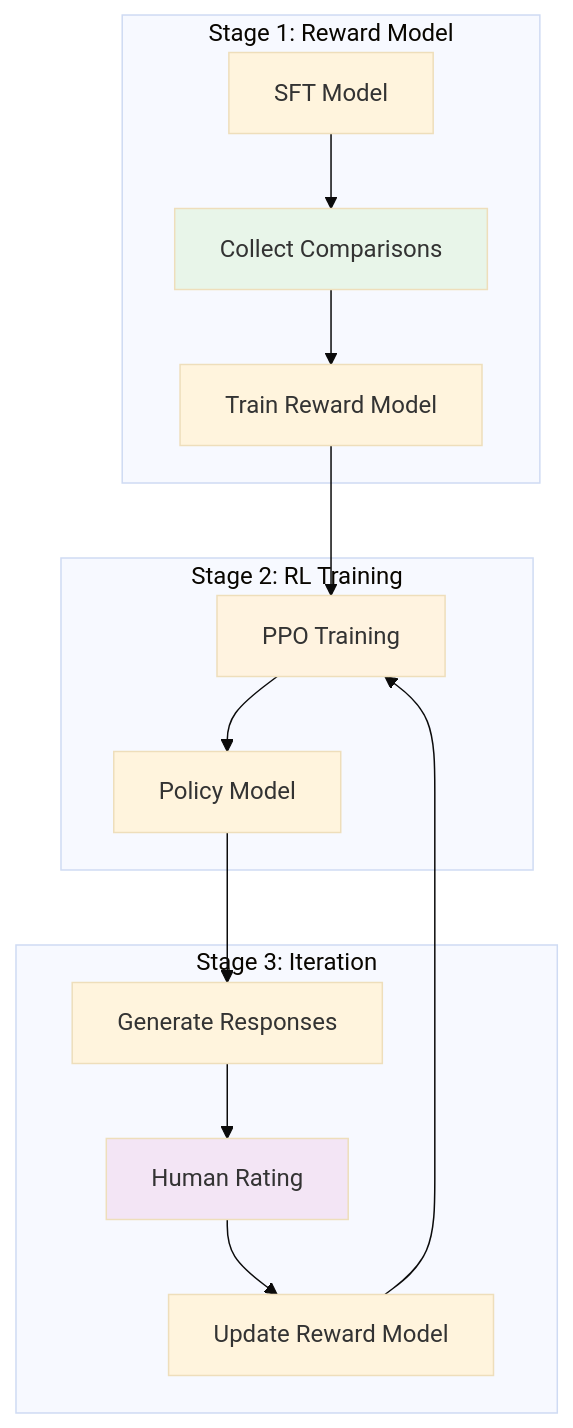
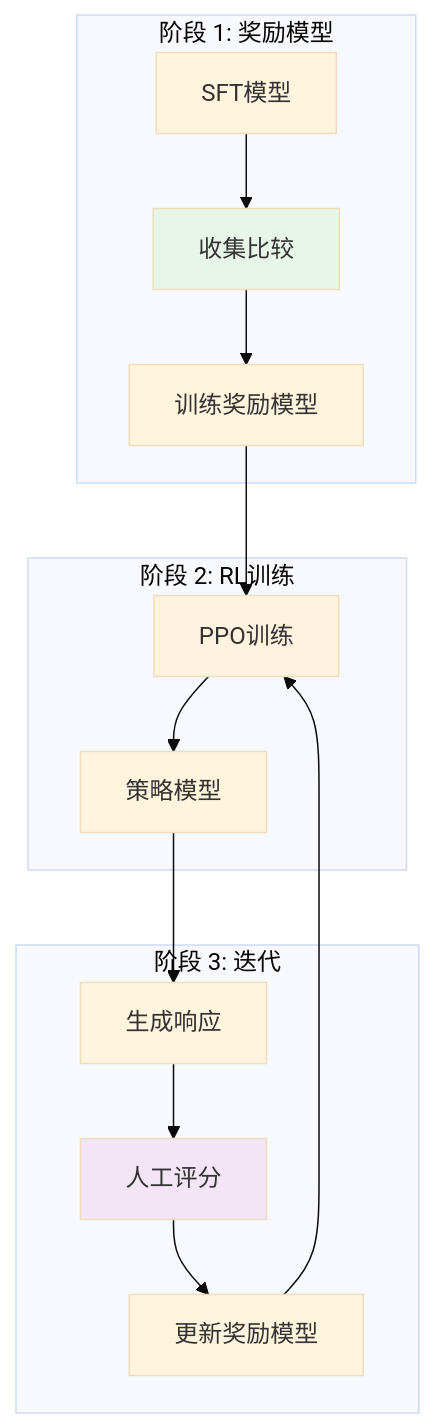
One commit to YiWang24/AiDIY changed the third of 3 diagrams in i18n/zh-Hans/docusaurus-plugin-content-docs/current/ai/llm-fundamentals/07-training-pipeline.mdx. Above: the diagram before and after it, drawn with Mermaid (base theme). The commit also changed other lines of this file and 26 other files, not shown here.

````diff
--- a/i18n/zh-Hans/docusaurus-plugin-content-docs/current/ai/llm-fundamentals/07-training-pipeline.mdx
+++ b/i18n/zh-Hans/docusaurus-plugin-content-docs/current/ai/llm-fundamentals/07-training-pipeline.mdx
@@ -1106,23 +1106,23 @@
 ```mermaid
 flowchart TB
-    subgraph Stage1["Stage 1: Reward Model"]
-        A[SFT Model] --> B[Collect Comparisons]
-        B --> C[Train Reward Model]
+    subgraph Stage1["阶段 1: 奖励模型"]
+        A[SFT模型] --> B[收集比较]
+        B --> C[训练奖励模型]
     end
 
-    subgraph Stage2["Stage 2: RL Training"]
-        C --> D[PPO Training]
-        D --> E[Policy Model]
+    subgraph Stage2["阶段 2: RL训练"]
+        C --> D[PPO训练]
+        D --> E[策略模型]
     end
 
-    subgraph Stage3["Stage 3: Iteration"]
-        E --> F[Generate Responses]
-        F --> G[Human Rating]
-        G --> H[Update Reward Model]
+    subgraph Stage3["阶段 3: 迭代"]
+        E --> F[生成响应]
+        F --> G[人工评分]
+        G --> H[更新奖励模型]
         H --> D
     end
 
     style B fill:#e8f5e9
     style D fill:#fff3e0
     style G fill:#f3e5f5
 ```
````
